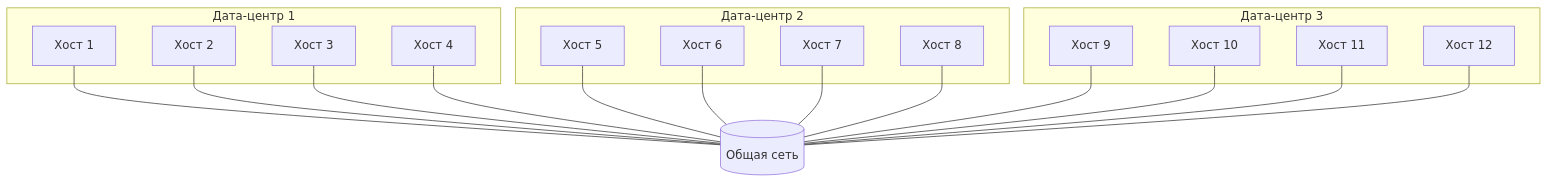
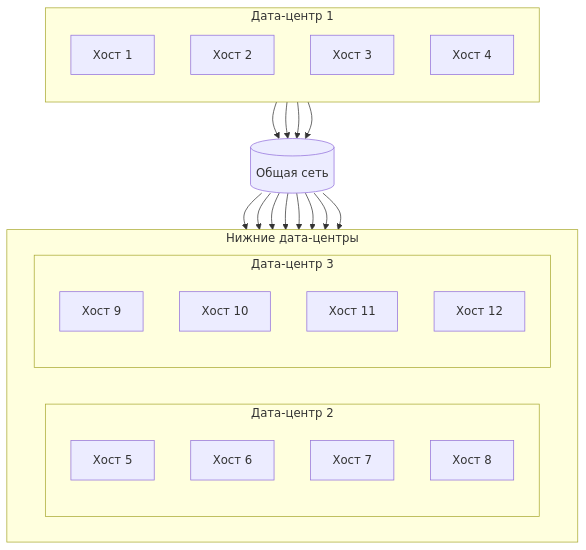
Before and after one commit to zinal/ydb-snippets: the diagram in diagrams/3dc.md, drawn with Mermaid.

````diff
--- a/diagrams/3dc.md
+++ b/diagrams/3dc.md
@@ -1,38 +1,49 @@
 ```mermaid
 flowchart TB
-  NET[(Общая сеть)]
-
+  %% Верхний дата-центр
   subgraph DC1[Дата-центр 1]
+    direction TB
     H1[Хост 1]
     H2[Хост 2]
     H3[Хост 3]
     H4[Хост 4]
   end
 
-  subgraph DC2[Дата-центр 2]
-    H5[Хост 5]
-    H6[Хост 6]
-    H7[Хост 7]
-    H8[Хост 8]
+  %% Общая сеть по центру
+  NET[(Общая сеть)]
+
+  %% Два дата-центра внизу, расположены горизонтально
+  subgraph BOTTOM[Нижние дата-центры]
+    direction LR
+    subgraph DC2[Дата-центр 2]
+      direction TB
+      H5[Хост 5]
+      H6[Хост 6]
+      H7[Хост 7]
+      H8[Хост 8]
+    end
+    subgraph DC3[Дата-центр 3]
+      direction TB
+      H9[Хост 9]
+      H10[Хост 10]
+      H11[Хост 11]
+      H12[Хост 12]
+    end
   end
 
-  subgraph DC3[Дата-центр 3]
-    H9[Хост 9]
-    H10[Хост 10]
-    H11[Хост 11]
-    H12[Хост 12]
-  end
+  %% Подключения к общей сети (верх -> сеть, сеть -> низ)
+  H1 --> NET
+  H2 --> NET
+  H3 --> NET
+  H4 --> NET
 
-  H1 --- NET
-  H2 --- NET
-  H3 --- NET
-  H4 --- NET
-  H5 --- NET
-  H6 --- NET
-  H7 --- NET
-  H8 --- NET
-  H9 --- NET
-  H10 --- NET
-  H11 --- NET
-  H12 --- NET
+  NET --> H5
+  NET --> H6
+  NET --> H7
+  NET --> H8
+
+  NET --> H9
+  NET --> H10
+  NET --> H11
+  NET --> H12
 ```
````
